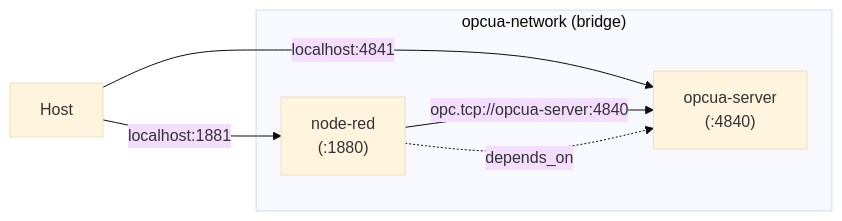
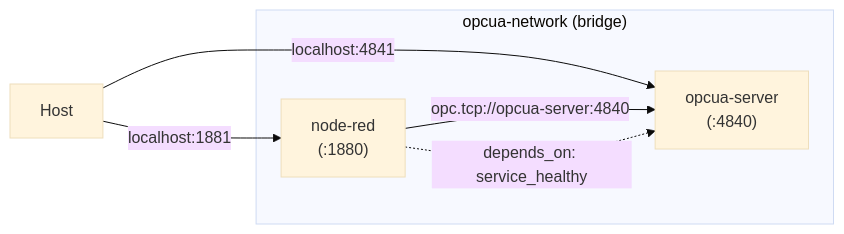
Before and after one commit to blanpa/node-red-contrib-opcua-suite: the first of 2 diagrams in DOCKER.md, drawn with Mermaid (base theme). The commit also changed other lines of this file and 3 other files, not shown here.

````diff
--- a/DOCKER.md
+++ b/DOCKER.md
@@ -5,9 +5,9 @@
 ```mermaid
 flowchart LR
     HOST["Host"] -->|"localhost:1881"| NR
     HOST -->|"localhost:4841"| SRV
     subgraph NET["opcua-network (bridge)"]
         NR["node-red<br/>(:1880)"] -->|"opc.tcp://opcua-server:4840"| SRV["opcua-server<br/>(:4840)"]
     end
-    NR -.->|depends_on| SRV
+    NR -.->|"depends_on: service_healthy"| SRV
 ```
````
